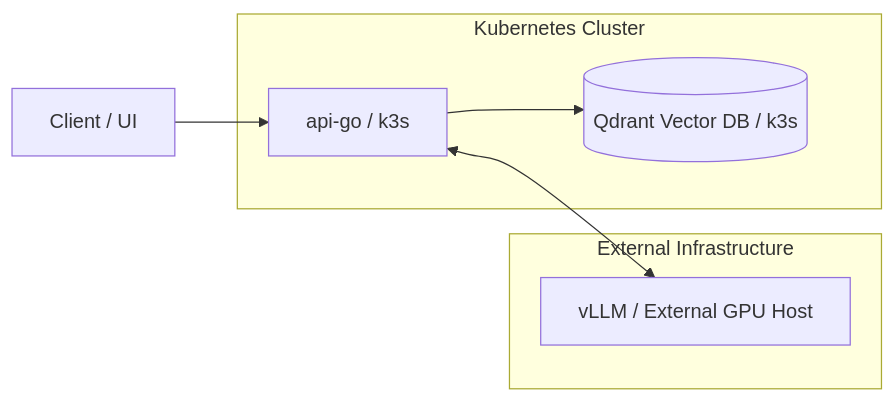
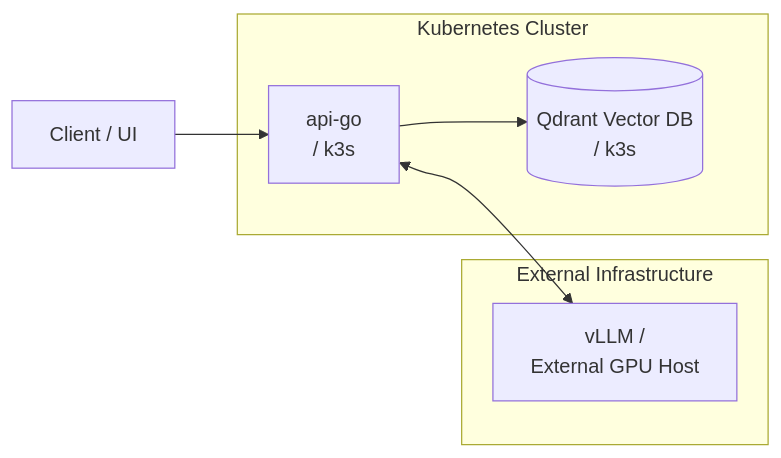
The diagram in docs/architecture.md (Kirill140992/ai-inference-platform), drawn with Mermaid before and after one commit.

Commit message:
fix diagramm arch

````diff
--- a/docs/architecture.md
+++ b/docs/architecture.md
@@ -9,15 +9,15 @@
 ```mermaid
 flowchart LR
-    Client[Client / UI] --> API[api-go / k3s]
-    API --> Qdrant[(Qdrant Vector DB / k3s)]
-    API <--> vLLM[vLLM / External GPU Host]
+    Client["Client / UI"] --> API["api-go<br>/ k3s"]
+    API --> Qdrant[("Qdrant Vector DB<br>/ k3s")]
+    API <--> vLLM["vLLM /<br>External GPU Host"]
 
-    subgraph Kubernetes Cluster
+    subgraph "Kubernetes Cluster"
     API
     Qdrant
     end
 
-    subgraph External Infrastructure
+    subgraph "External Infrastructure"
     vLLM
     end
 ```
````
